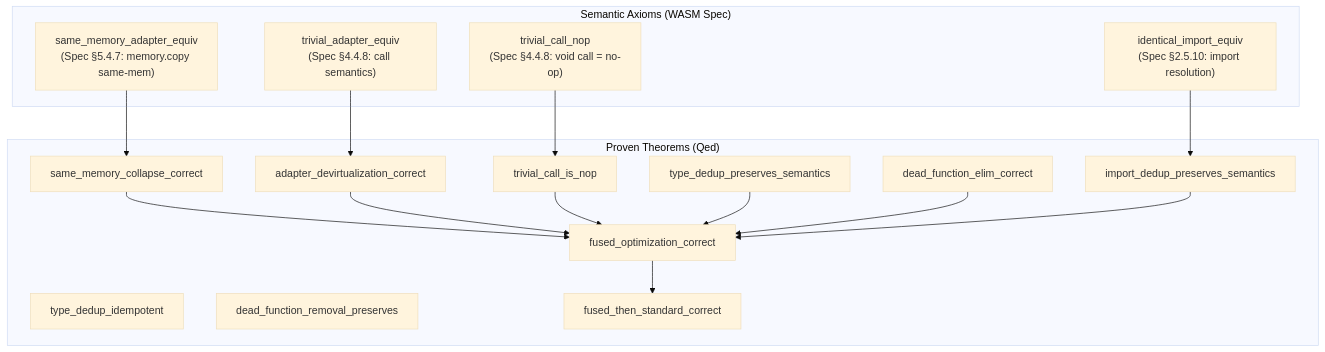
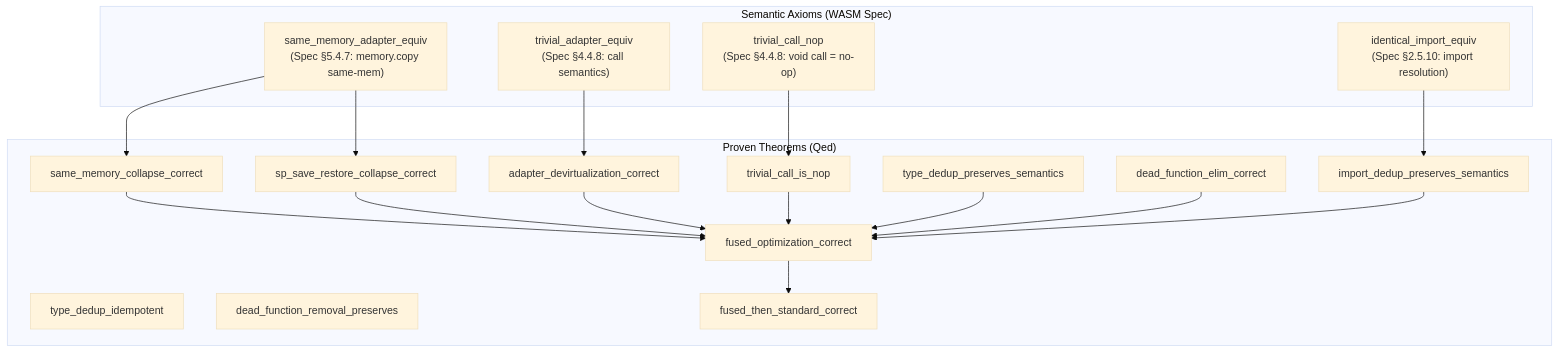
Before and after one commit to pulseengine/loom: the sixth of 8 diagrams in docs/design/fused-component-optimization.md, drawn with Mermaid (base theme). The commit also changed other lines of this file and 2 other files, not shown here.

First line of the commit message:
feat(fused): relax Pass 0 to allow balanced SP save/restore in adapters

````diff
--- a/docs/design/fused-component-optimization.md
+++ b/docs/design/fused-component-optimization.md
@@ -245,34 +248,37 @@
 ```mermaid
 flowchart TD
     subgraph axioms["Semantic Axioms (WASM Spec)"]
         A0["same_memory_adapter_equiv\n(Spec §5.4.7: memory.copy same-mem)"]
         A1["trivial_adapter_equiv\n(Spec §4.4.8: call semantics)"]
         A2["identical_import_equiv\n(Spec §2.5.10: import resolution)"]
         A3["trivial_call_nop\n(Spec §4.4.8: void call = no-op)"]
     end
 
     subgraph proven["Proven Theorems (Qed)"]
         SM["same_memory_collapse_correct"]
+        SP["sp_save_restore_collapse_correct"]
         AD["adapter_devirtualization_correct"]
         TC["trivial_call_is_nop"]
         TP["type_dedup_preserves_semantics"]
         TI["type_dedup_idempotent"]
         DE["dead_function_elim_correct"]
         DR["dead_function_removal_preserves"]
         IP["import_dedup_preserves_semantics"]
         FC["fused_optimization_correct"]
         FS["fused_then_standard_correct"]
     end
 
     A0 --> SM
+    A0 --> SP
     A1 --> AD
     A2 --> IP
     A3 --> TC
     SM --> FC
+    SP --> FC
     AD --> FC
     TC --> FC
     TP --> FC
     DE --> FC
     IP --> FC
     FC --> FS
 ```
````
